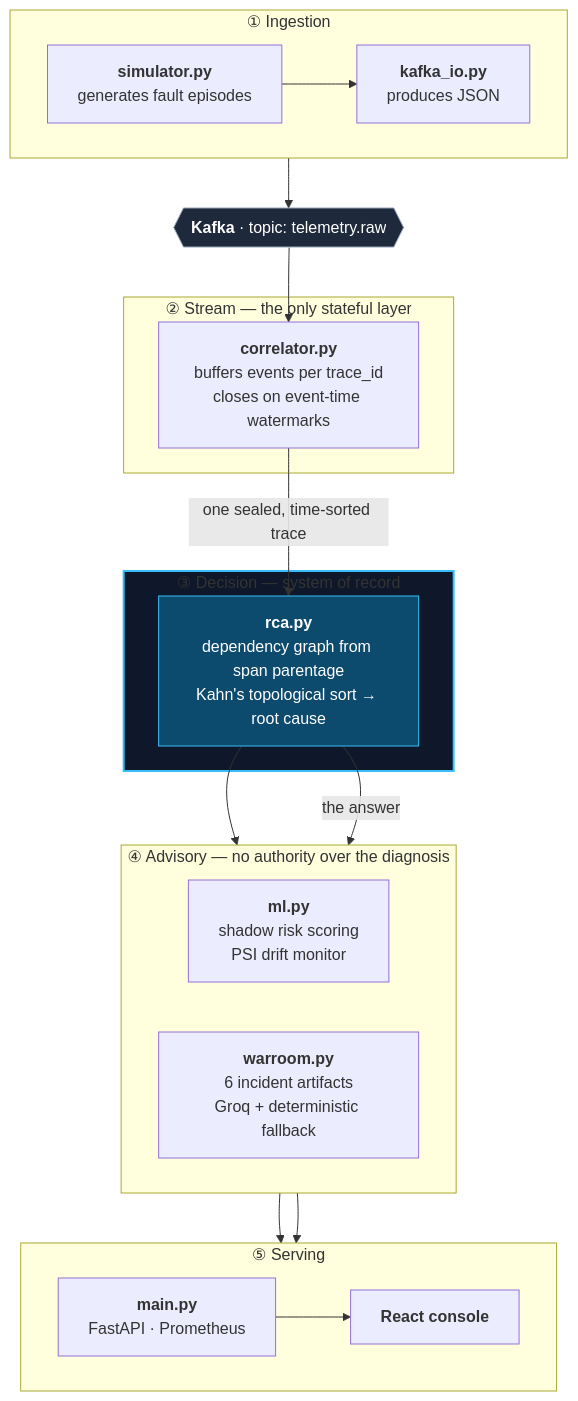
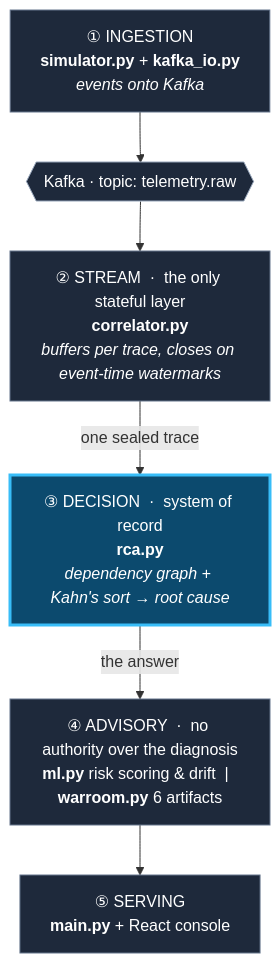
One commit to AshrafAhmed9/aegis-observability changed the second of 2 diagrams in README.md. Above: the diagram before and after it, drawn with Mermaid.

Commit message:
Simplify the architecture diagram to fix overlapping arrows

````diff
--- a/README.md
+++ b/README.md
@@ -77,39 +77,21 @@
 ```mermaid
 flowchart TD
-    subgraph L1["① Ingestion"]
-        direction LR
-        SIM["<b>simulator.py</b><br/>generates fault episodes"] --> KIO["<b>kafka_io.py</b><br/>produces JSON"]
-    end
+    ING["① INGESTION<br/><b>simulator.py</b> + <b>kafka_io.py</b><br/><i>events onto Kafka</i>"]
+    KAFKA{{"Kafka · topic: telemetry.raw"}}
+    STR["② STREAM &nbsp;·&nbsp; the only stateful layer<br/><b>correlator.py</b><br/><i>buffers per trace, closes on event-time watermarks</i>"]
+    DEC["③ DECISION &nbsp;·&nbsp; system of record<br/><b>rca.py</b><br/><i>dependency graph + Kahn's sort → root cause</i>"]
+    ADV["④ ADVISORY &nbsp;·&nbsp; no authority over the diagnosis<br/><b>ml.py</b> risk scoring &amp; drift &nbsp;|&nbsp; <b>warroom.py</b> 6 artifacts"]
+    SRV["⑤ SERVING<br/><b>main.py</b> + React console"]
 
-    KAFKA{{"<b>Kafka</b> · topic: telemetry.raw"}}
+    ING --> KAFKA --> STR
+    STR -->|one sealed trace| DEC
+    DEC -->|the answer| ADV
+    ADV --> SRV
 
-    subgraph L2["② Stream — the only stateful layer"]
-        COR["<b>correlator.py</b><br/>buffers events per trace_id<br/>closes on event-time watermarks"]
-    end
-
-    subgraph L3["③ Decision — system of record"]
-        RCA["<b>rca.py</b><br/>dependency graph from span parentage<br/>Kahn's topological sort → root cause"]
-    end
-
-    subgraph L4["④ Advisory — no authority over the diagnosis"]
-        direction LR
-        ML["<b>ml.py</b><br/>shadow risk scoring<br/>PSI drift monitor"]
-        WR["<b>warroom.py</b><br/>6 incident artifacts<br/>Groq + deterministic fallback"]
-    end
-
-    subgraph L5["⑤ Serving"]
-        direction LR
-        MAIN["<b>main.py</b><br/>FastAPI · Prometheus"] --> UI["<b>React console</b>"]
-    end
-
-    KIO --> KAFKA --> COR
-    COR -->|"one sealed, time-sorted trace"| RCA
-    RCA --> ML
-    RCA -->|"the answer"| WR
-    ML --> MAIN
-    WR --> MAIN
-
-    style L3 fill:#0f172a,stroke:#38bdf8,stroke-width:2px
-    style RCA fill:#0c4a6e,stroke:#38bdf8,color:#fff
+    style DEC fill:#0c4a6e,stroke:#38bdf8,stroke-width:3px,color:#fff
     style KAFKA fill:#1e293b,stroke:#94a3b8,color:#fff
+    style ING fill:#1e293b,stroke:#64748b,color:#fff
+    style STR fill:#1e293b,stroke:#64748b,color:#fff
+    style ADV fill:#1e293b,stroke:#64748b,color:#fff
+    style SRV fill:#1e293b,stroke:#64748b,color:#fff
 ```
````
